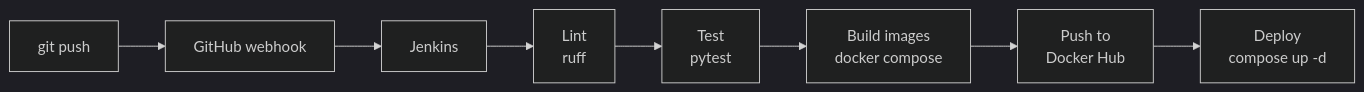
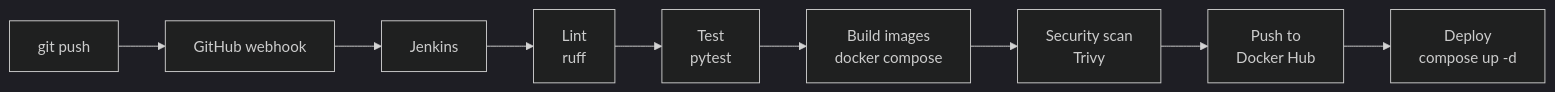
One commit to ruchitasingla/mental_health_recorder changed the second of 2 diagrams in README.md. Above: the diagram before and after it, drawn with Mermaid (dark theme). The commit also changed other lines of this file and 2 other files, not shown here.

Commit message:
Add pipeline screenshot, Trivy stage in README, .gitignore

````diff
--- a/README.md
+++ b/README.md
@@ -76,10 +76,11 @@
 ```mermaid
 flowchart LR
     A[git push] --> B[GitHub webhook]
     B --> C[Jenkins]
     C --> D[Lint<br/>ruff]
     D --> E[Test<br/>pytest]
     E --> F[Build images<br/>docker compose]
-    F --> G[Push to<br/>Docker Hub]
+    F --> S[Security scan<br/>Trivy]
+    S --> G[Push to<br/>Docker Hub]
     G --> H[Deploy<br/>compose up -d]
 ```
````
